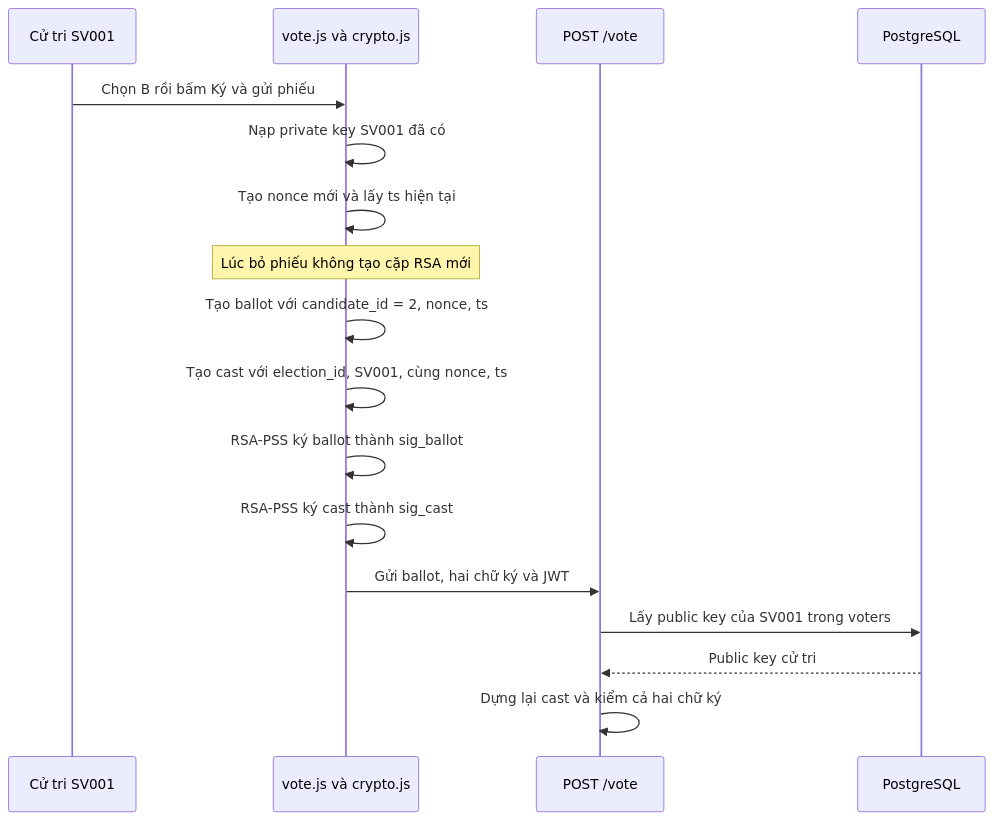
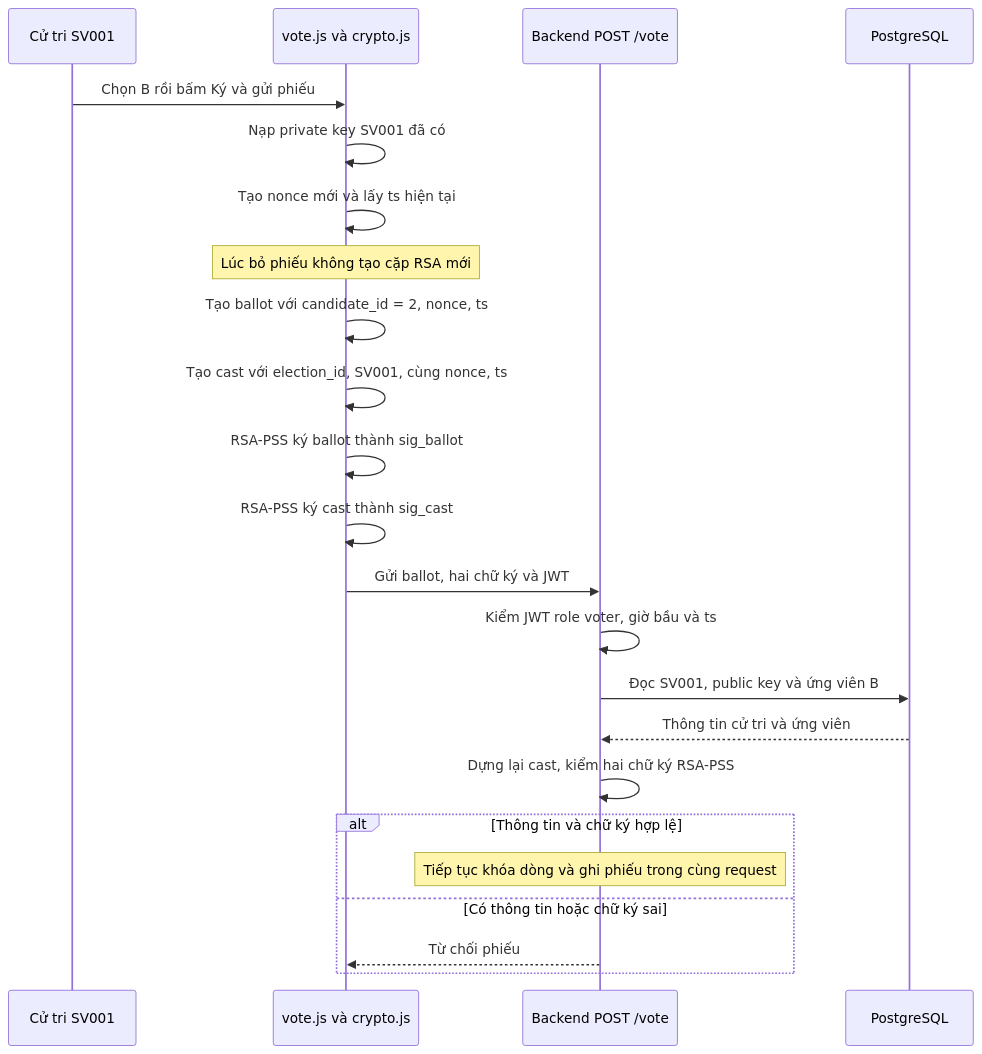
One commit to lam-vu6868/lab3_evoting changed the third of 5 diagrams in docs/BCao.md. Above: the diagram before and after it, drawn with Mermaid. The commit also changed other lines of this file, not shown here.

````diff
--- a/docs/BCao.md
+++ b/docs/BCao.md
@@ -129,19 +92,25 @@
 ```mermaid
 sequenceDiagram
     participant CT as Cử tri SV001
     participant WEB as vote.js và crypto.js
-    participant API as POST /vote
+    participant API as Backend POST /vote
     participant DB as PostgreSQL
     CT->>WEB: Chọn B rồi bấm Ký và gửi phiếu
     WEB->>WEB: Nạp private key SV001 đã có
     WEB->>WEB: Tạo nonce mới và lấy ts hiện tại
     Note over WEB: Lúc bỏ phiếu không tạo cặp RSA mới
     WEB->>WEB: Tạo ballot với candidate_id = 2, nonce, ts
     WEB->>WEB: Tạo cast với election_id, SV001, cùng nonce, ts
     WEB->>WEB: RSA-PSS ký ballot thành sig_ballot
     WEB->>WEB: RSA-PSS ký cast thành sig_cast
     WEB->>API: Gửi ballot, hai chữ ký và JWT
-    API->>DB: Lấy public key của SV001 trong voters
-    DB-->>API: Public key cử tri
-    API->>API: Dựng lại cast và kiểm cả hai chữ ký
+    API->>API: Kiểm JWT role voter, giờ bầu và ts
+    API->>DB: Đọc SV001, public key và ứng viên B
+    DB-->>API: Thông tin cử tri và ứng viên
+    API->>API: Dựng lại cast, kiểm hai chữ ký RSA-PSS
+    alt Thông tin và chữ ký hợp lệ
+        Note over API: Tiếp tục khóa dòng và ghi phiếu trong cùng request
+    else Có thông tin hoặc chữ ký sai
+        API-->>WEB: Từ chối phiếu
+    end
 ```
````
